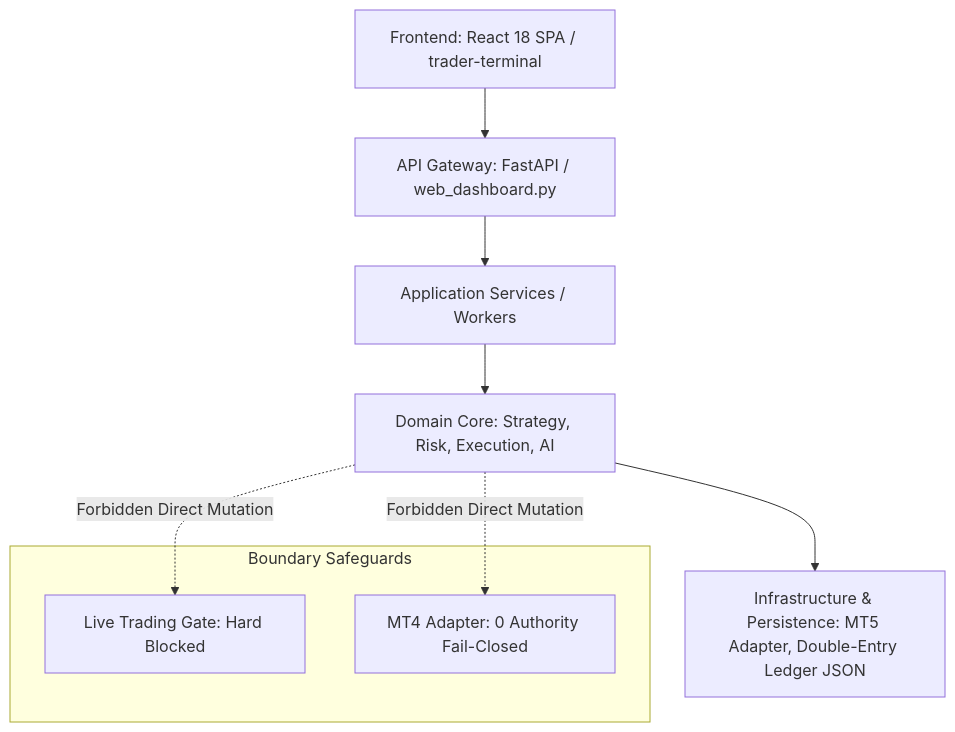
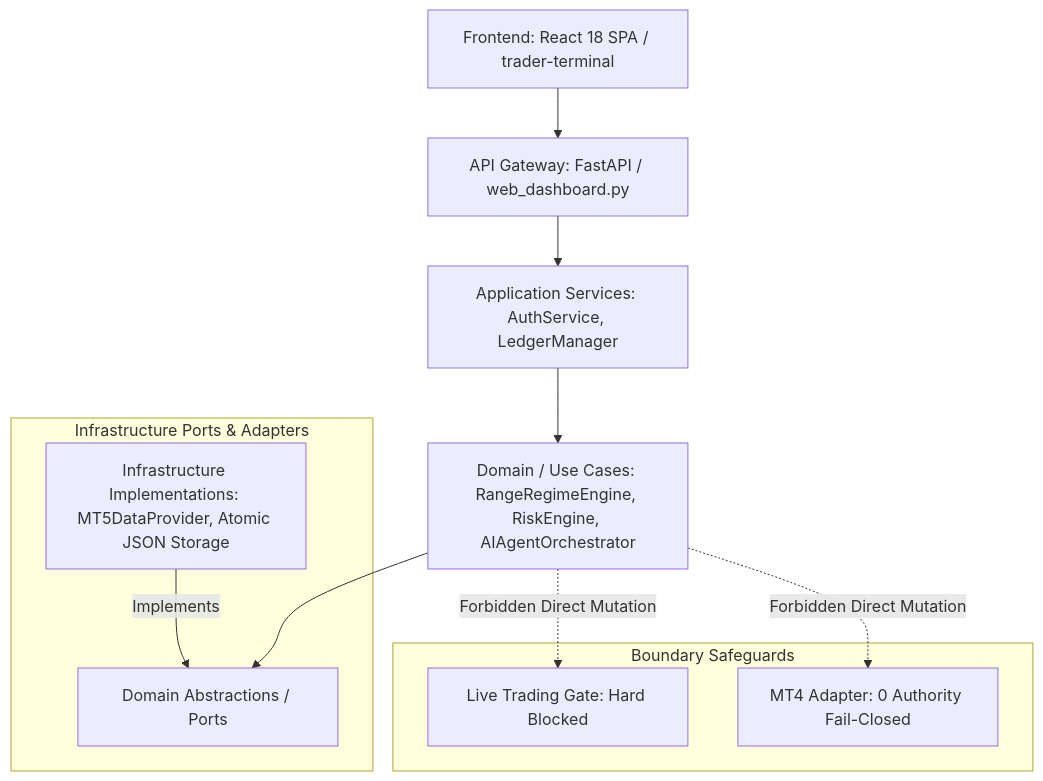
The diagram in docs/architecture/YARTRADER_ARCHITECTURE_DECISION_RECORD.md (sohrabinia/YarTrader), drawn with Mermaid before and after one commit. The commit also changed other lines of this file, not shown here.

Commit message:
docs: correct phase 1 architecture ownership boundaries

````diff
--- a/docs/architecture/YARTRADER_ARCHITECTURE_DECISION_RECORD.md
+++ b/docs/architecture/YARTRADER_ARCHITECTURE_DECISION_RECORD.md
@@ -123,15 +125,22 @@
 ```mermaid
 flowchart TD
     UI[Frontend: React 18 SPA / trader-terminal] --> API[API Gateway: FastAPI / web_dashboard.py]
-    API --> APP[Application Services / Workers]
-    APP --> DOMAIN[Domain Core: Strategy, Risk, Execution, AI]
-    DOMAIN --> INFRA[Infrastructure & Persistence: MT5 Adapter, Double-Entry Ledger JSON]
+    API --> APP[Application Services: AuthService, LedgerManager]
+    APP --> DOMAIN[Domain / Use Cases: RangeRegimeEngine, RiskEngine, AIAgentOrchestrator]
+
+    subgraph Infrastructure Ports & Adapters
+        INFRA_PORT[Domain Abstractions / Ports]
+        INFRA_IMPL[Infrastructure Implementations: MT5DataProvider, Atomic JSON Storage]
+    end
+
+    DOMAIN --> INFRA_PORT
+    INFRA_IMPL -- Implements --> INFRA_PORT
 
     subgraph Boundary Safeguards
         LIVE[Live Trading Gate: Hard Blocked]
         MT4[MT4 Adapter: 0 Authority Fail-Closed]
     end
 
     DOMAIN -. Forbidden Direct Mutation .-> LIVE
     DOMAIN -. Forbidden Direct Mutation .-> MT4
 ```
````
